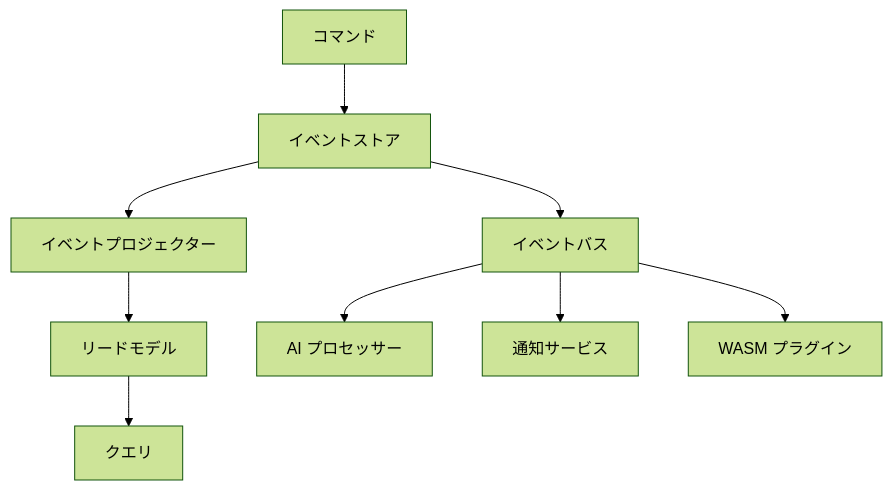
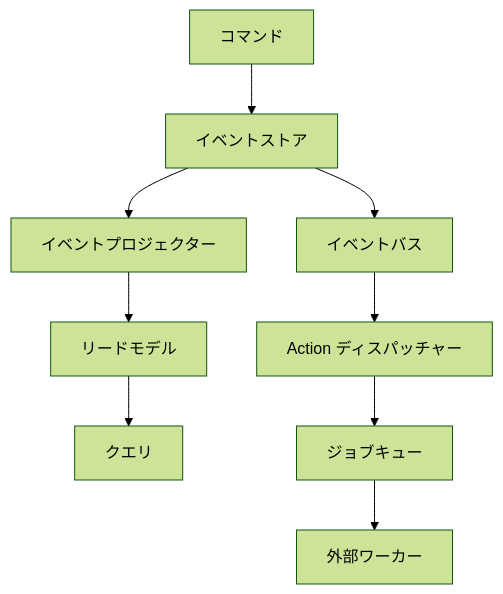
One commit to atomo-cc/atomo changed the diagram in README.ja.md. Above: the diagram before and after it, drawn with Mermaid (forest theme). The commit also changed other lines of this file and 32 other files, not shown here.

First line of the commit message:
feat: implement Phase 1 action system and replace WASM docs with actions/workers

````diff
--- a/README.ja.md
+++ b/README.ja.md
@@ -120,12 +120,12 @@
 ```mermaid
 graph TD
     A[コマンド] --> B[イベントストア]
     B --> C[イベントプロジェクター]
     C --> D[リードモデル]
     D --> E[クエリ]
 
     B --> F[イベントバス]
-    F --> G[AI プロセッサー]
-    F --> H[通知サービス]
-    F --> I[WASM プラグイン]
+    F --> G[Action ディスパッチャー]
+    G --> H[ジョブキュー]
+    H --> I[外部ワーカー]
 ```
````
